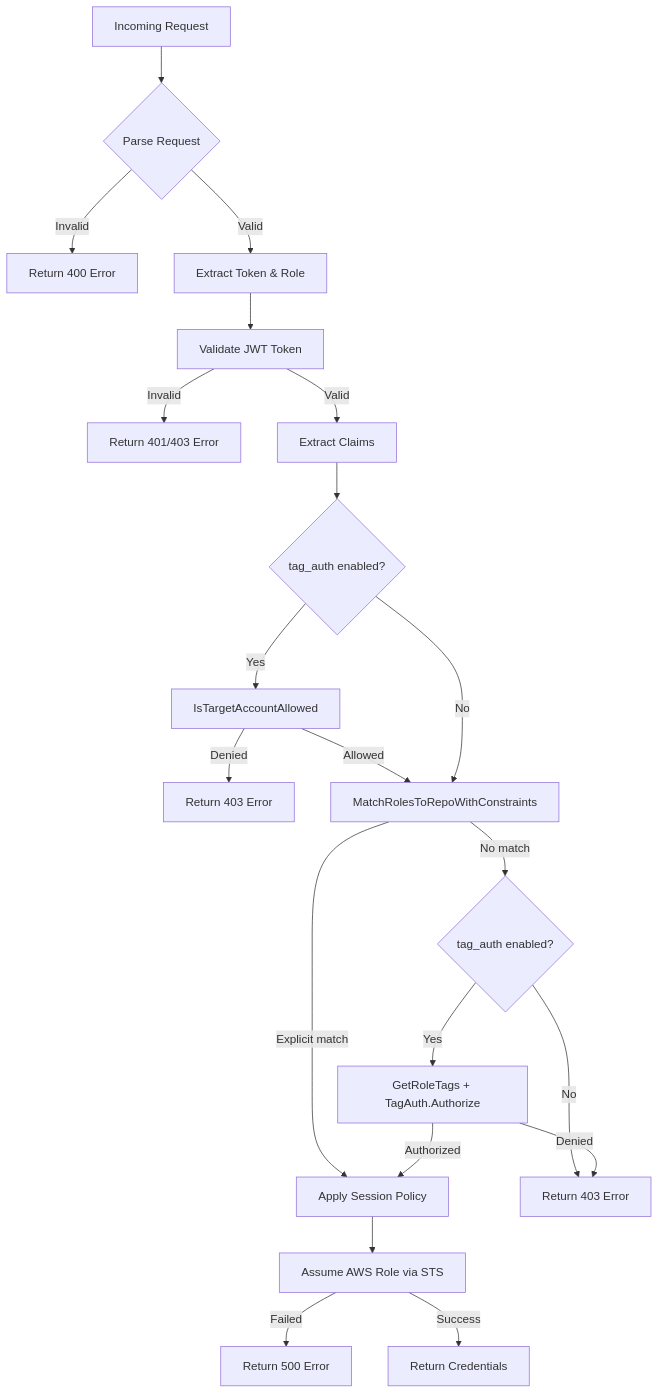
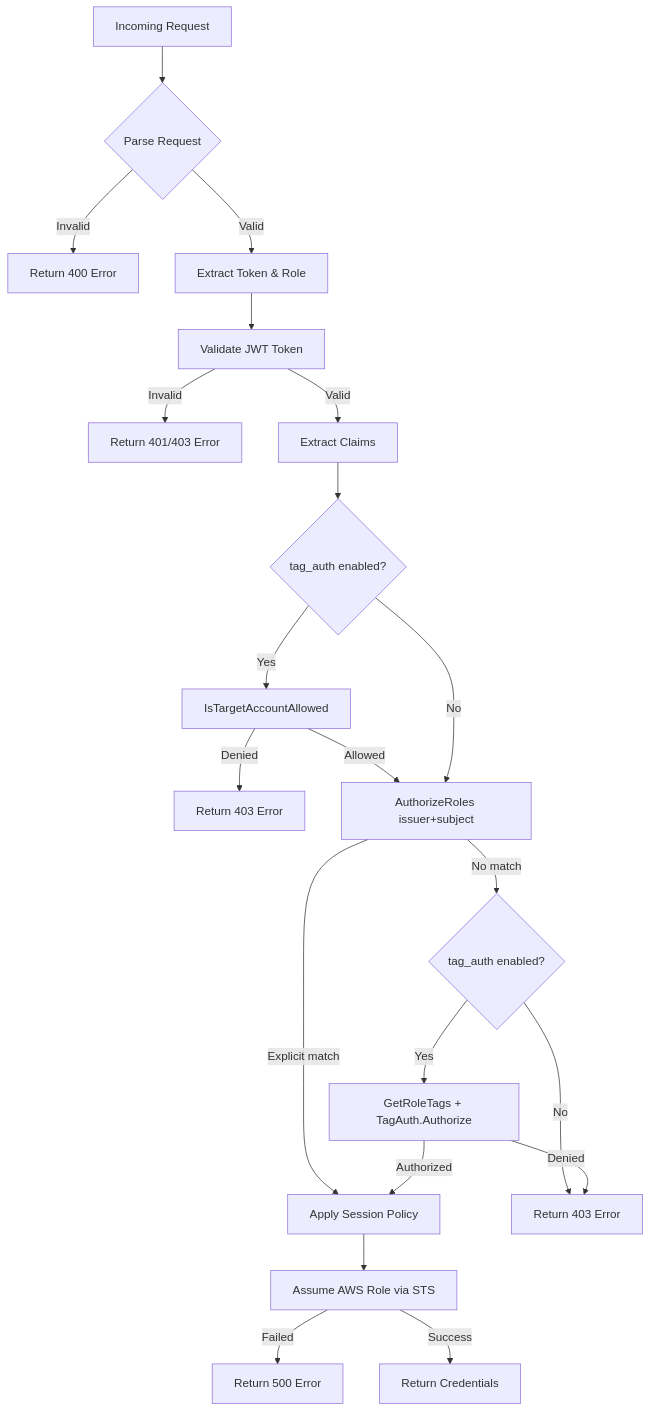
One commit to boogy/aws-oidc-warden changed the third of 7 diagrams in docs/ARCHITECTURE.md. Above: the diagram before and after it, drawn with Mermaid. The commit also changed other lines of this file and 10 other files, not shown here.

First line of the commit message:
docs: v2 multi-issuer configuration, architecture, migration & logging

````diff
--- a/docs/ARCHITECTURE.md
+++ b/docs/ARCHITECTURE.md
@@ -362,27 +390,27 @@
 ```mermaid
 flowchart TD
     A[Incoming Request] --> B{Parse Request}
     B -->|Invalid| C[Return 400 Error]
     B -->|Valid| D[Extract Token & Role]
 
     D --> E[Validate JWT Token]
     E -->|Invalid| F[Return 401/403 Error]
     E -->|Valid| G[Extract Claims]
 
     G --> GA{tag_auth enabled?}
     GA -->|Yes| GB[IsTargetAccountAllowed]
     GB -->|Denied| GC[Return 403 Error]
-    GB -->|Allowed| H[MatchRolesToRepoWithConstraints]
+    GB -->|Allowed| H[AuthorizeRoles issuer+subject]
     GA -->|No| H
 
     H -->|Explicit match| N[Apply Session Policy]
     H -->|No match| HA{tag_auth enabled?}
     HA -->|No| I[Return 403 Error]
     HA -->|Yes| HB[GetRoleTags + TagAuth.Authorize]
     HB -->|Denied| I[Return 403 Error]
     HB -->|Authorized| N
 
     N --> O[Assume AWS Role via STS]
     O -->|Failed| P[Return 500 Error]
     O -->|Success| Q[Return Credentials]
 ```
````
